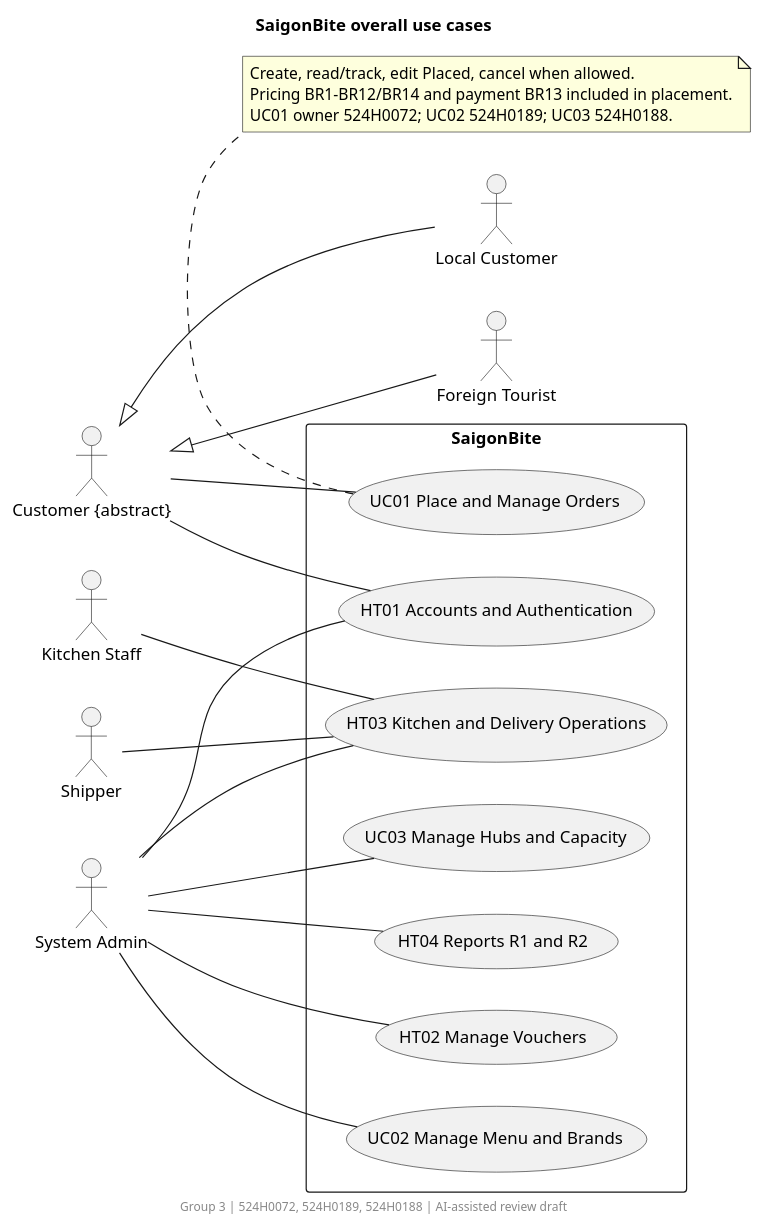
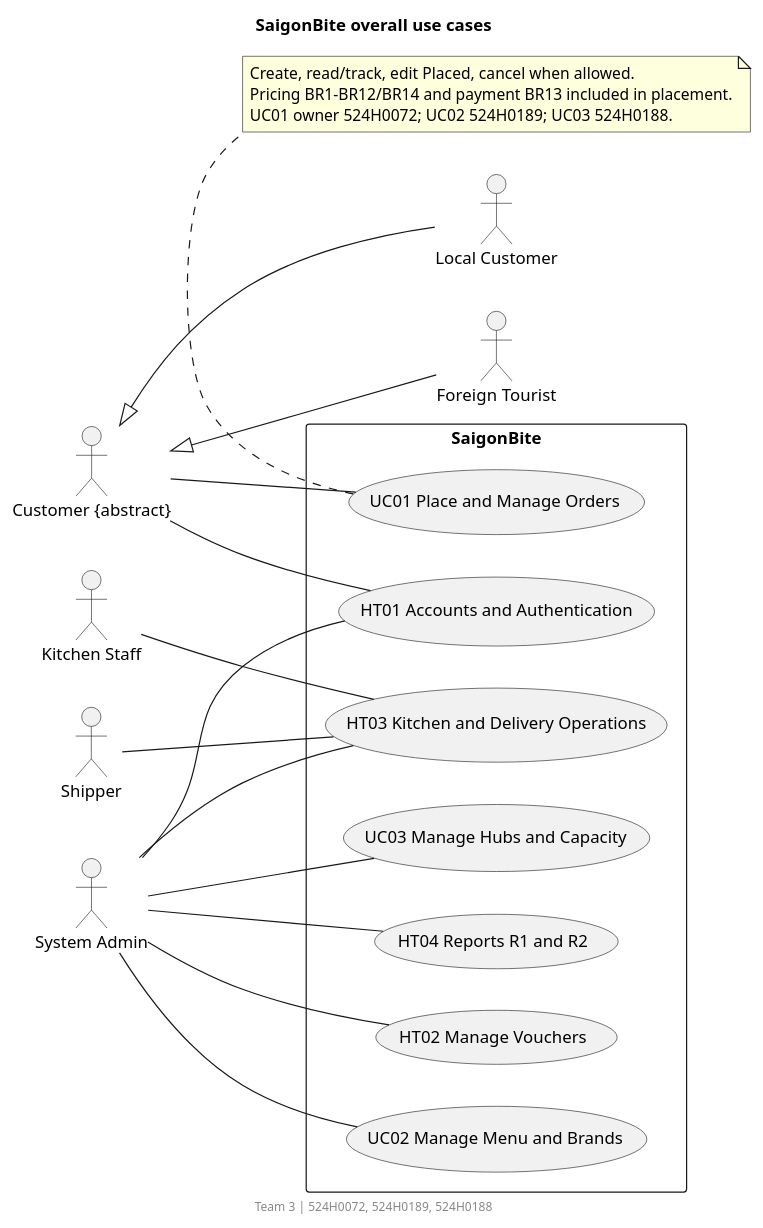
Before and after one commit to rumnopro0809/saigonbite-group3: the diagram in docs/part2/diagrams/overall-use-case.puml, drawn with PlantUML. The commit also changed 41 other files, not shown here.

Commit message:
chore(part2): finalize V2-only Figma links, clean UML diagrams, ERD SystemSettings and report PDF

```diff
--- a/docs/part2/diagrams/overall-use-case.puml
+++ b/docs/part2/diagrams/overall-use-case.puml
@@ -1,37 +1,37 @@
 @startuml
 left to right direction
 title SaigonBite overall use cases
-footer Group 3 | 524H0072, 524H0189, 524H0188 | AI-assisted review draft
+footer Team 3 | 524H0072, 524H0189, 524H0188
 actor "Customer {abstract}" as Customer
 actor "Local Customer" as Local
 actor "Foreign Tourist" as Tourist
 actor "Kitchen Staff" as Kitchen
 actor Shipper
 actor "System Admin" as Admin
 Customer <|-- Local
 Customer <|-- Tourist
 rectangle SaigonBite {
  usecase "UC01 Place and Manage Orders" as Orders
  usecase "UC02 Manage Menu and Brands" as Menu
  usecase "UC03 Manage Hubs and Capacity" as Hub
  usecase "HT01 Accounts and Authentication" as Accounts
  usecase "HT02 Manage Vouchers" as Vouchers
  usecase "HT03 Kitchen and Delivery Operations" as Operations
  usecase "HT04 Reports R1 and R2" as Reports
 }
 Customer -- Orders
 Customer -- Accounts
 Admin -- Accounts
 Admin -- Menu
 Admin -- Hub
 Admin -- Vouchers
 Admin -- Operations
 Admin -- Reports
 Kitchen -- Operations
 Shipper -- Operations
 note bottom of Orders
 Create, read/track, edit Placed, cancel when allowed.
 Pricing BR1-BR12/BR14 and payment BR13 included in placement.
 UC01 owner 524H0072; UC02 524H0189; UC03 524H0188.
 end note
 @enduml
```
